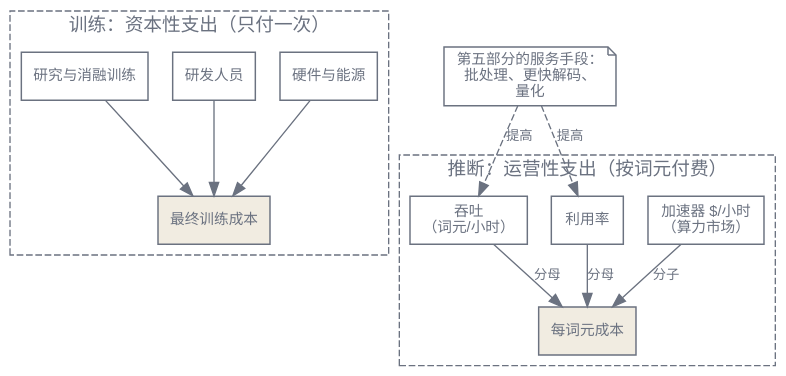
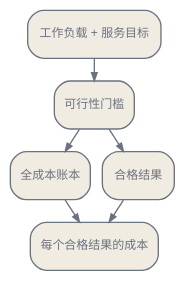
One commit to latere-ai/ai-as-an-infrastructure changed the first of 2 diagrams in zh/ecosystem/04-economics.qmd. Above: the diagram before and after it, drawn with Graphviz. The commit also changed other lines of this file and 4 other files, not shown here.

Commit message:
docs: rewrite Chinese unit economics chapter

````diff
--- a/zh/ecosystem/04-economics.qmd
+++ b/zh/ecosystem/04-economics.qmd
@@ -32,42 +19,24 @@
 ```{dot}
-//| label: fig-economics-cost-structures
-//| fig-cap: "两种成本结构的分解。训练是若干一次性部分之和，在任何价值返回之前就已付出。推断是按词元的比值，分母正是服务栈改进的对象。"
-digraph cost_structures {
+//| label: fig-economics-ledger
+//| fig-cap: "单位经济性要从可比较的运行契约出发。每个可行方案采用同一套全成本账本，再用成本除以合格结果数，而不是原始调用数或宣传口径中的词元数。"
+digraph economics_ledger {
   bgcolor="transparent";
   rankdir=TB;
-  node [shape=box, fontname="Helvetica", fontsize=11, color="#6b7280", fontcolor="#6b7280", penwidth=1.1];
-  edge [fontname="Helvetica", fontsize=10, color="#6b7280", fontcolor="#6b7280"];
-
-  subgraph cluster_capex {
-    label="训练：资本性支出（只付一次）";
-    style=dashed;
-    color="#6b7280";
-    fontcolor="#6b7280";
-    train [label="最终训练成本", shape=box, style=filled, fillcolor="#f1ece1"];
-    hw [label="硬件与能源"];
-    rnd [label="研发人员"];
-    abl [label="研究与消融训练"];
-    hw -> train;
-    rnd -> train;
-    abl -> train;
-  }
-
-  subgraph cluster_opex {
-    label="推断：运营性支出（按词元付费）";
-    style=dashed;
-    color="#6b7280";
-    fontcolor="#6b7280";
-    unit [label="每词元成本", shape=box, style=filled, fillcolor="#f1ece1"];
-    price [label="加速器 $/小时\n（算力市场）"];
-    thr [label="吞吐\n（词元/小时）"];
-    util [label="利用率"];
-    price -> unit [label="分子"];
-    thr -> unit [label="分母"];
-    util -> unit [label="分母"];
-  }
-
-  lever [label="第五部分的服务手段：\n批处理、更快解码、\n量化", shape=note];
-  lever -> thr [style=dashed, label="提高"];
-  lever -> util [style=dashed, label="提高"];
+  nodesep=0.12;
+  ranksep=0.24;
+  node [shape=box, style="rounded,filled", fontname="Helvetica", fontsize=9,
+        color="#6b7280", fontcolor="#6b7280", fillcolor="#f1ece1",
+        margin="0.10,0.07"];
+  edge [color="#6b7280", fontcolor="#6b7280", fontname="Helvetica",
+        fontsize=8, arrowsize=0.6];
+  W [label="工作负载 + 服务目标"];
+  G [label="可行性门槛"];
+  L [label="全成本账本"];
+  A [label="合格结果"];
+  U [label="每个合格结果的成本"];
+  W -> G -> L;
+  G -> A;
+  L -> U;
+  A -> U;
 }
 ```
````
